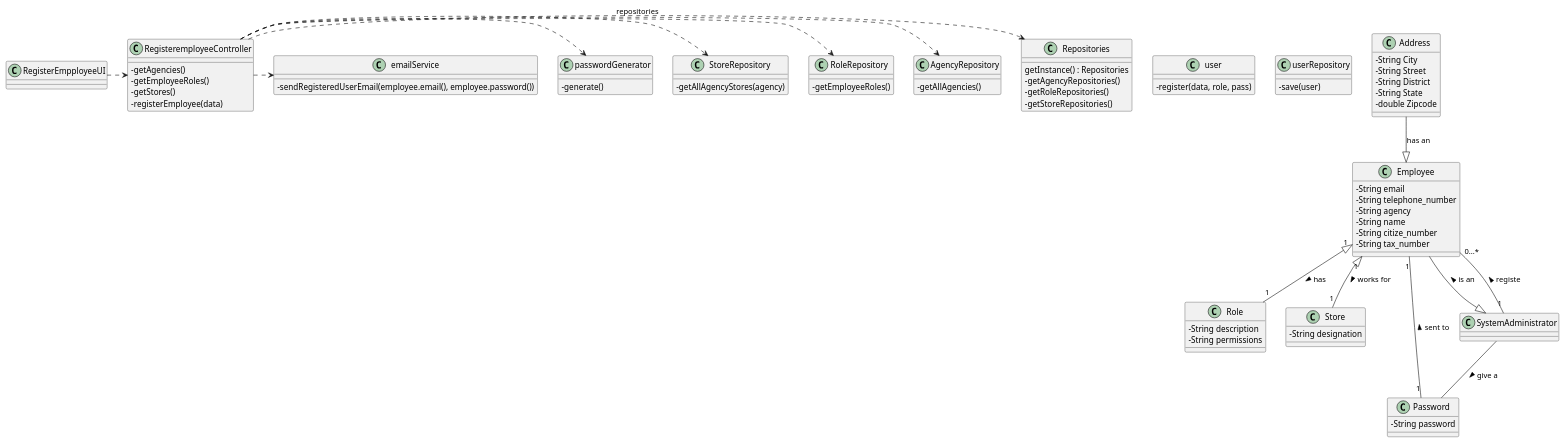
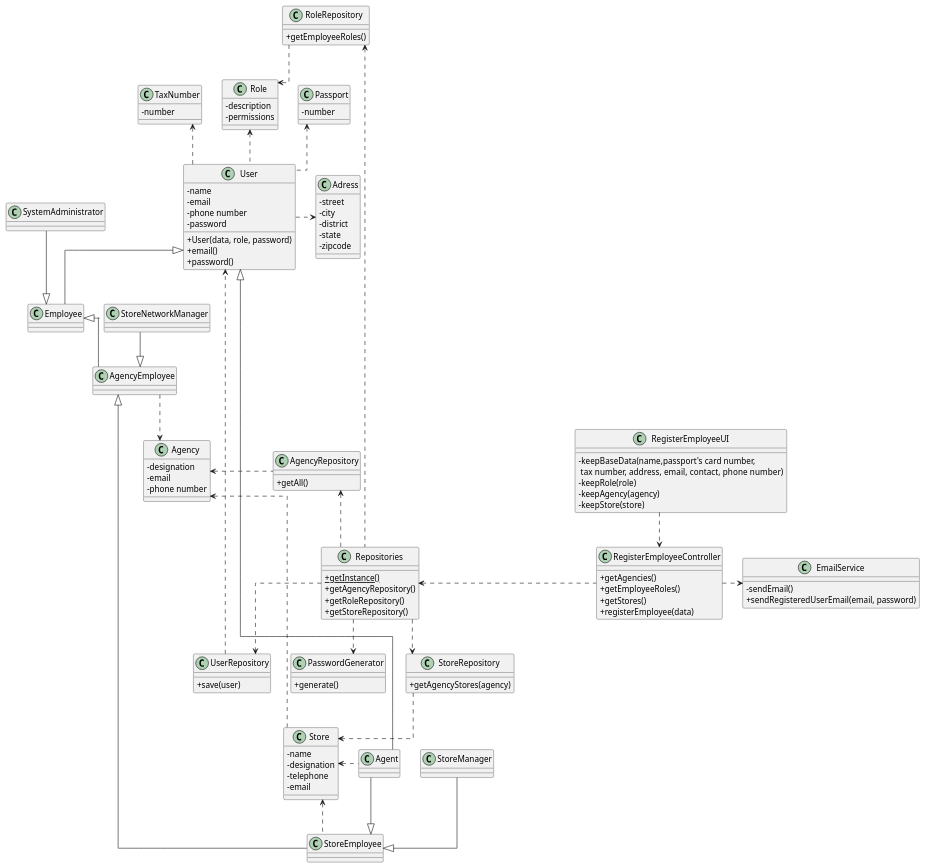
One commit to 1220812/LAPR2 changed the diagram in docs/sprintB/us003/03.design/puml/us003-class-diagram.puml. Above: the diagram before and after it, drawn with PlantUML. The commit also changed 1 other file, not shown here.

Commit message:
US003 class diagram updated

```diff
--- a/docs/sprintB/us003/03.design/puml/us003-class-diagram.puml
+++ b/docs/sprintB/us003/03.design/puml/us003-class-diagram.puml
@@ -1,106 +1,166 @@
 @startuml
+'skinparam monochrome true
+skinparam packageStyle rectangle
+skinparam shadowing false
+skinparam linetype ortho
+'skinparam linetype orto
+
 skinparam classAttributeIconSize 0
 
-class RegisteremployeeController{
-    -getAgencies()
-    -getEmployeeRoles()
-    -getStores()
-    -registerEmployee(data)
+'left to right direction
+class RegisterEmployeeUI {
+- keepBaseData(name,passport's card number,\n tax number, address,  email, contact, phone number)
+- keepRole(role)
+- keepAgency(agency)
+- keepStore(store)
+}
+class RegisterEmployeeController {
++ getAgencies()
++ getEmployeeRoles()
++ getStores()
++ registerEmployee(data)
+
 }
 
-class Repositories{
-    getInstance() : Repositories
-    -getAgencyRepositories()
-    -getRoleRepositories()
-    -getStoreRepositories()
+class Repositories {
++ {static} getInstance()
++ getAgencyRepository()
++ getRoleRepository()
++ getStoreRepository()
+
 }
 
-class AgencyRepository{
-    -getAllAgencies()
+class AgencyRepository {
+
++ getAll()
 }
 
-class RoleRepository{
-    -getEmployeeRoles()
+class RoleRepository {
++ getEmployeeRoles()
 }
 
-class StoreRepository{
-    -getAllAgencyStores(agency)
+class StoreRepository {
++ getAgencyStores(agency)
 }
 
-class passwordGenerator{
-    -generate()
+class PasswordGenerator {
++ generate()
 }
 
-class emailService{
-    -sendRegisteredUserEmail(employee.email(), employee.password())
+class User {
+- name
+- email
+- phone number
+- password
++ User(data, role, password)
++ email()
++ password()
+
 }
 
-class user{
--register(data, role, pass)
+class Passport {
+- number
 }
 
-class userRepository{
--save(user)
+class TaxNumber {
+- number
 }
 
-class RegisterEmpployeeUI{
+class Adress {
+- street
+- city
+- district
+- state
+- zipcode
+}
+
+class Agency {
+- designation
+- email
+- phone number
+}
+
+class Agent {
+}
+
+class Store {
+- name
+- designation
+- telephone
+- email
+}
+
+class Role {
+- description
+- permissions
+}
+
+class UserRepository {
++ save(user)
+}
+
+class SystemAdministrator {
+}
+
+class StoreManager {
+}
+
+class StoreNetworkManager {
+}
+
+class Employee {
+
+}
+
+class EmailService {
+- sendEmail()
++ sendRegisteredUserEmail(email, password)
+}
+class StoreEmployee {
+}
+
+class AgencyEmployee {
 }
 
 
 
+RegisterEmployeeUI ..> RegisterEmployeeController
 
-class Employee {
-    -String email
-    -String telephone_number
-    -String agency
-    -String name
-    -String citize_number
-    -String tax_number
+RegisterEmployeeController .left.> Repositories
 
-}
+RegisterEmployeeController .right.> EmailService
 
-class Address {
-    -String City
-    -String Street
-    -String District
-    -String State
-    -double Zipcode
-}
-
-class Role{
-    - String description
-    - String permissions
-}
-
-class Store{
-    -String designation
-    }
+Repositories .up.> AgencyRepository
+Repositories ..up> RoleRepository
+Repositories ..> StoreRepository
+Repositories ..> PasswordGenerator
+Repositories ..> UserRepository
 
 
-class Password {
-    -String password
-}
+AgencyRepository .left.> Agency
+RoleRepository ..> Role
+StoreRepository ..> Store
 
+UserRepository ..> User
+Agent --up|> User
+SystemAdministrator --|> Employee
 
+AgencyEmployee --up|> Employee
+AgencyEmployee ..> Agency
+StoreEmployee ..left> Store
+Agent --|> StoreEmployee
+StoreManager --|> StoreEmployee
+StoreNetworkManager --|> AgencyEmployee
 
-RegisterEmpployeeUI .>RegisteremployeeController
-RegisteremployeeController .>Repositories :repositories
-RegisteremployeeController .>AgencyRepository
-RegisteremployeeController .>RoleRepository
-RegisteremployeeController .>StoreRepository
-RegisteremployeeController .>passwordGenerator
-RegisteremployeeController .>emailService
+StoreEmployee -up|> AgencyEmployee
 
+Employee --up|> User
 
+Adress <..left User
+Role <.. User
+Passport <.. User
+TaxNumber <.. User
+Store <..right Agent
 
-
-
-
-Address --|> Employee: has an
-SystemAdministrator "1"--"0...*" Employee: registe >
-Employee --|> SystemAdministrator: is an <
-Employee "1"--"1" Password: sent to <
-Employee "1"<|--"1" Store: works for >
-Employee "1"<|--"1" Role: has >
-SystemAdministrator -- Password: give a >
+Agency <.. Store
 @enduml
```
